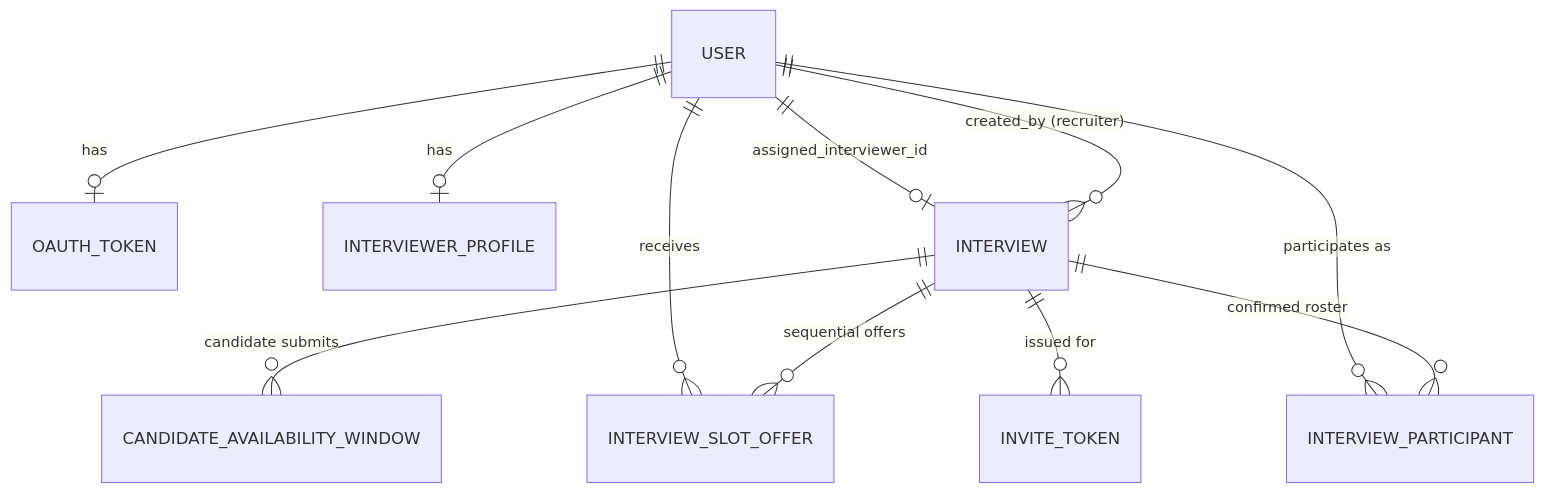
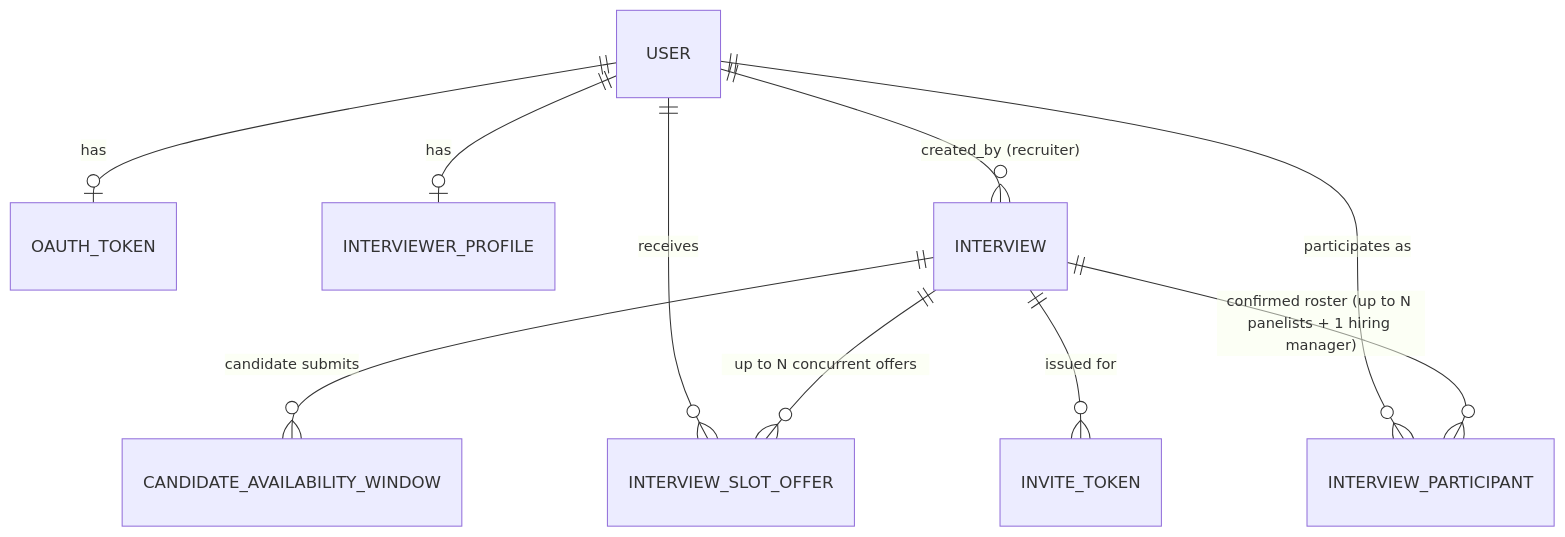
The diagram in Documentation/DATA_MODEL.md (AgraniJain2/The-Hacksmiths), drawn with Mermaid before and after one commit. The commit also changed other lines of this file and 5 other files, not shown here.

````diff
--- a/Documentation/DATA_MODEL.md
+++ b/Documentation/DATA_MODEL.md
@@ -163,13 +174,12 @@
 ```mermaid
 erDiagram
     USER ||--o| OAUTH_TOKEN : has
     USER ||--o| INTERVIEWER_PROFILE : has
     USER ||--o{ INTERVIEW : "created_by (recruiter)"
-    USER ||--o| INTERVIEW : "assigned_interviewer_id"
     INTERVIEW ||--o{ CANDIDATE_AVAILABILITY_WINDOW : "candidate submits"
-    INTERVIEW ||--o{ INTERVIEW_SLOT_OFFER : "sequential offers"
+    INTERVIEW ||--o{ INTERVIEW_SLOT_OFFER : "up to N concurrent offers"
     USER ||--o{ INTERVIEW_SLOT_OFFER : "receives"
-    INTERVIEW ||--o{ INTERVIEW_PARTICIPANT : "confirmed roster"
+    INTERVIEW ||--o{ INTERVIEW_PARTICIPANT : "confirmed roster (up to N panelists + 1 hiring manager)"
     USER ||--o{ INTERVIEW_PARTICIPANT : "participates as"
     INTERVIEW ||--o{ INVITE_TOKEN : "issued for"
 ```
````
